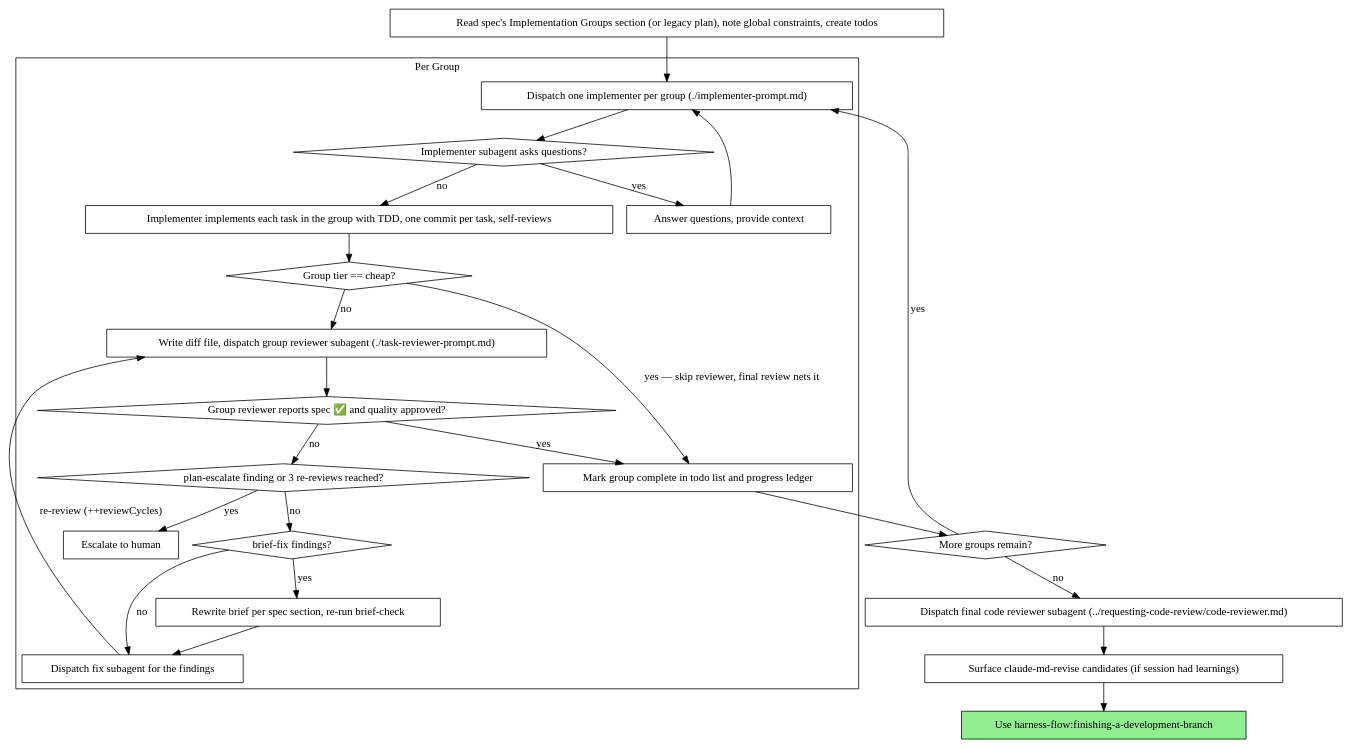
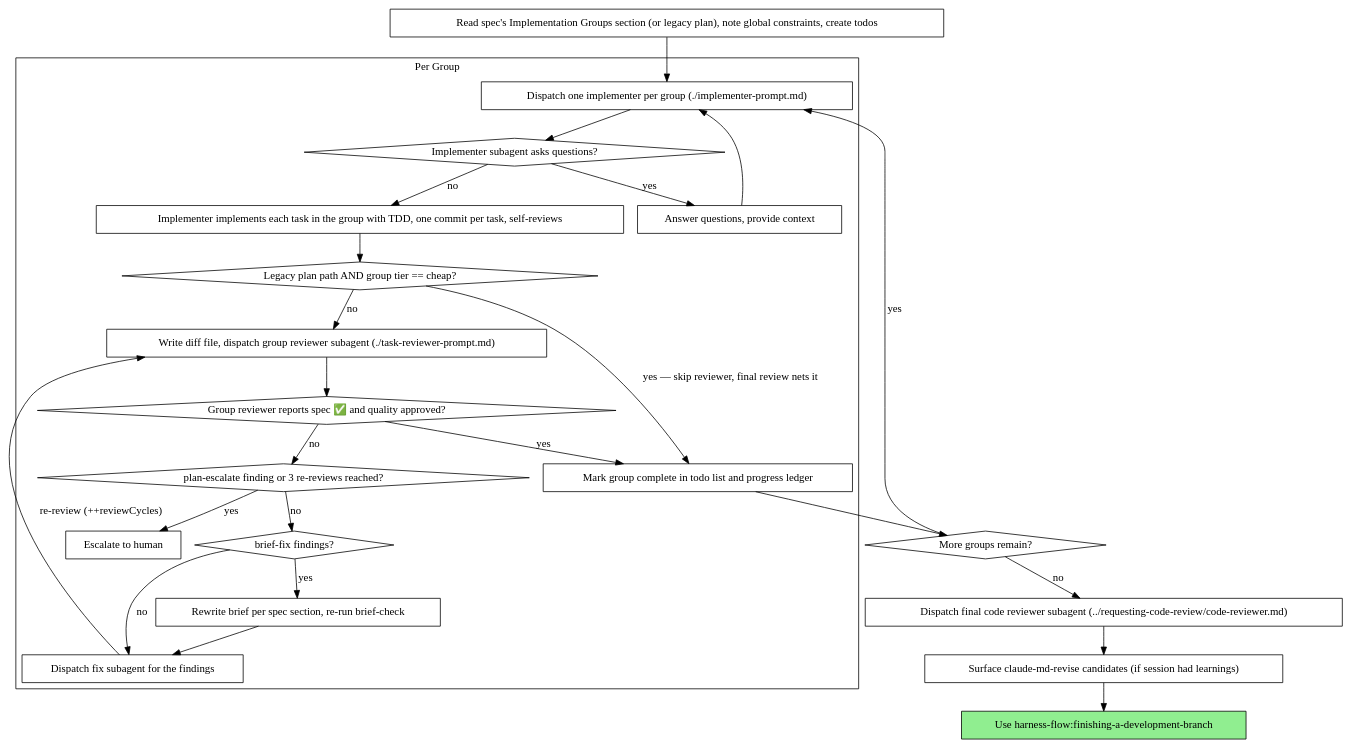
The second of 2 diagrams in skills/subagent-driven-development/SKILL.md (wonjinsin/harness-flow), drawn with Graphviz before and after one commit. The commit also changed other lines of this file and 7 other files, not shown here.

````diff
--- a/skills/subagent-driven-development/SKILL.md
+++ b/skills/subagent-driven-development/SKILL.md
@@ -58,51 +58,51 @@
 ```dot
 digraph process {
     rankdir=TB;
 
     subgraph cluster_per_group {
         label="Per Group";
         "Dispatch one implementer per group (./implementer-prompt.md)" [shape=box];
         "Implementer subagent asks questions?" [shape=diamond];
         "Answer questions, provide context" [shape=box];
         "Implementer implements each task in the group with TDD, one commit per task, self-reviews" [shape=box];
-        "Group tier == cheap?" [shape=diamond];
+        "Legacy plan path AND group tier == cheap?" [shape=diamond];
         "Write diff file, dispatch group reviewer subagent (./task-reviewer-prompt.md)" [shape=box];
         "Group reviewer reports spec ✅ and quality approved?" [shape=diamond];
         "plan-escalate finding or 3 re-reviews reached?" [shape=diamond];
         "brief-fix findings?" [shape=diamond];
         "Rewrite brief per spec section, re-run brief-check" [shape=box];
         "Escalate to human" [shape=box];
         "Dispatch fix subagent for the findings" [shape=box];
         "Mark group complete in todo list and progress ledger" [shape=box];
     }
 
     "Read spec's Implementation Groups section (or legacy plan), note global constraints, create todos" [shape=box];
     "More groups remain?" [shape=diamond];
     "Dispatch final code reviewer subagent (../requesting-code-review/code-reviewer.md)" [shape=box];
     "Surface claude-md-revise candidates (if session had learnings)" [shape=box];
     "Use harness-flow:finishing-a-development-branch" [shape=box style=filled fillcolor=lightgreen];
 
     "Read spec's Implementation Groups section (or legacy plan), note global constraints, create todos" -> "Dispatch one implementer per group (./implementer-prompt.md)";
     "Dispatch one implementer per group (./implementer-prompt.md)" -> "Implementer subagent asks questions?";
     "Implementer subagent asks questions?" -> "Answer questions, provide context" [label="yes"];
     "Answer questions, provide context" -> "Dispatch one implementer per group (./implementer-prompt.md)";
     "Implementer subagent asks questions?" -> "Implementer implements each task in the group with TDD, one commit per task, self-reviews" [label="no"];
-    "Implementer implements each task in the group with TDD, one commit per task, self-reviews" -> "Group tier == cheap?";
-    "Group tier == cheap?" -> "Mark group complete in todo list and progress ledger" [label="yes — skip reviewer, final review nets it"];
-    "Group tier == cheap?" -> "Write diff file, dispatch group reviewer subagent (./task-reviewer-prompt.md)" [label="no"];
+    "Implementer implements each task in the group with TDD, one commit per task, self-reviews" -> "Legacy plan path AND group tier == cheap?";
+    "Legacy plan path AND group tier == cheap?" -> "Mark group complete in todo list and progress ledger" [label="yes — skip reviewer, final review nets it"];
+    "Legacy plan path AND group tier == cheap?" -> "Write diff file, dispatch group reviewer subagent (./task-reviewer-prompt.md)" [label="no"];
     "Write diff file, dispatch group reviewer subagent (./task-reviewer-prompt.md)" -> "Group reviewer reports spec ✅ and quality approved?";
     "Group reviewer reports spec ✅ and quality approved?" -> "plan-escalate finding or 3 re-reviews reached?" [label="no"];
     "plan-escalate finding or 3 re-reviews reached?" -> "Escalate to human" [label="yes"];
     "plan-escalate finding or 3 re-reviews reached?" -> "brief-fix findings?" [label="no"];
     "brief-fix findings?" -> "Rewrite brief per spec section, re-run brief-check" [label="yes"];
     "Rewrite brief per spec section, re-run brief-check" -> "Dispatch fix subagent for the findings";
     "brief-fix findings?" -> "Dispatch fix subagent for the findings" [label="no"];
     "Dispatch fix subagent for the findings" -> "Write diff file, dispatch group reviewer subagent (./task-reviewer-prompt.md)" [label="re-review (++reviewCycles)"];
     "Group reviewer reports spec ✅ and quality approved?" -> "Mark group complete in todo list and progress ledger" [label="yes"];
     "Mark group complete in todo list and progress ledger" -> "More groups remain?";
     "More groups remain?" -> "Dispatch one implementer per group (./implementer-prompt.md)" [label="yes"];
     "More groups remain?" -> "Dispatch final code reviewer subagent (../requesting-code-review/code-reviewer.md)" [label="no"];
     "Dispatch final code reviewer subagent (../requesting-code-review/code-reviewer.md)" -> "Surface claude-md-revise candidates (if session had learnings)";
     "Surface claude-md-revise candidates (if session had learnings)" -> "Use harness-flow:finishing-a-development-branch";
 }
 ```
````
